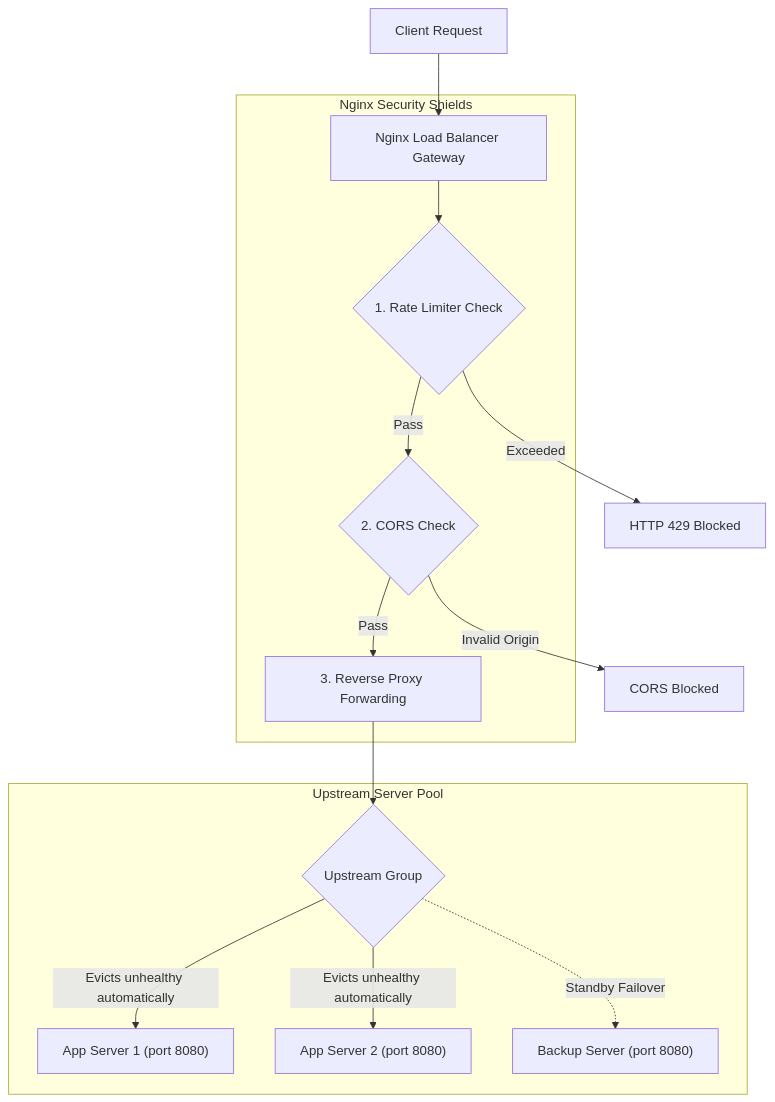
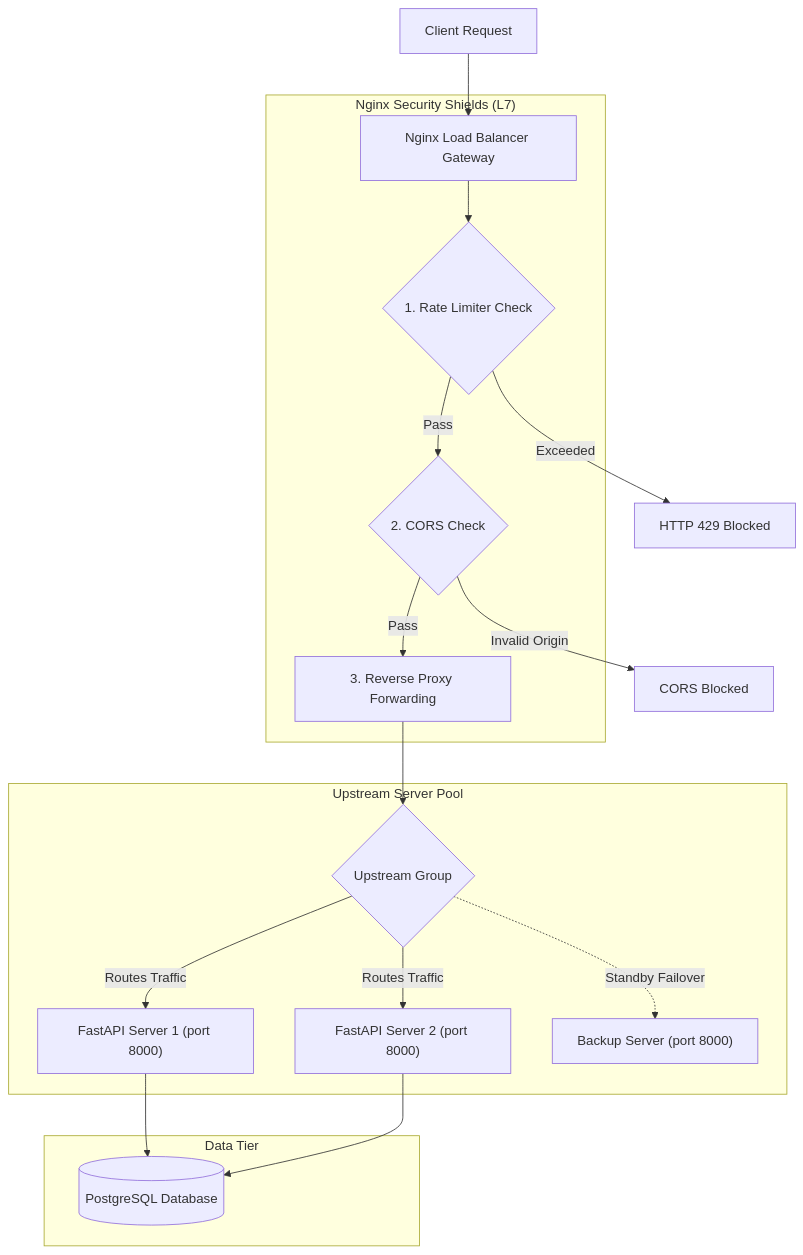
Before and after one commit to kmashour/BrainDump: the diagram in Projects/Systems Design/Project - Secure Load-Balanced Web API.md, drawn with Mermaid. The commit also changed other lines of this file and 6 other files, not shown here.

````diff
--- a/Projects/Systems Design/Project - Secure Load-Balanced Web API.md
+++ b/Projects/Systems Design/Project - Secure Load-Balanced Web API.md
@@ -33,20 +38,25 @@
 ```mermaid
 flowchart TD
     Client["Client Request"] --> LB["Nginx Load Balancer Gateway"]
     
-    subgraph Shields ["Nginx Security Shields"]
+    subgraph Shields ["Nginx Security Shields (L7)"]
         LB --> RateLimit{"1. Rate Limiter Check"}
         RateLimit -- "Pass" --> CORS{"2. CORS Check"}
         CORS -- "Pass" --> Proxy["3. Reverse Proxy Forwarding"]
     end
     
     subgraph Upstream ["Upstream Server Pool"]
         Proxy --> UpstreamGroup{"Upstream Group"}
-        UpstreamGroup -->|Evicts unhealthy automatically| Srv1["App Server 1 (port 8080)"]
-        UpstreamGroup -->|Evicts unhealthy automatically| Srv2["App Server 2 (port 8080)"]
-        UpstreamGroup -.->|Standby Failover| BackupSrv["Backup Server (port 8080)"]
+        UpstreamGroup -->|Routes Traffic| Srv1["FastAPI Server 1 (port 8000)"]
+        UpstreamGroup -->|Routes Traffic| Srv2["FastAPI Server 2 (port 8000)"]
+        UpstreamGroup -.->|Standby Failover| BackupSrv["Backup Server (port 8000)"]
+    end
+
+    subgraph Data ["Data Tier"]
+        Srv1 --> DB[("PostgreSQL Database")]
+        Srv2 --> DB
     end
 
     RateLimit -- "Exceeded" --> Block429["HTTP 429 Blocked"]
     CORS -- "Invalid Origin" --> BlockCORS["CORS Blocked"]
 ```
````
